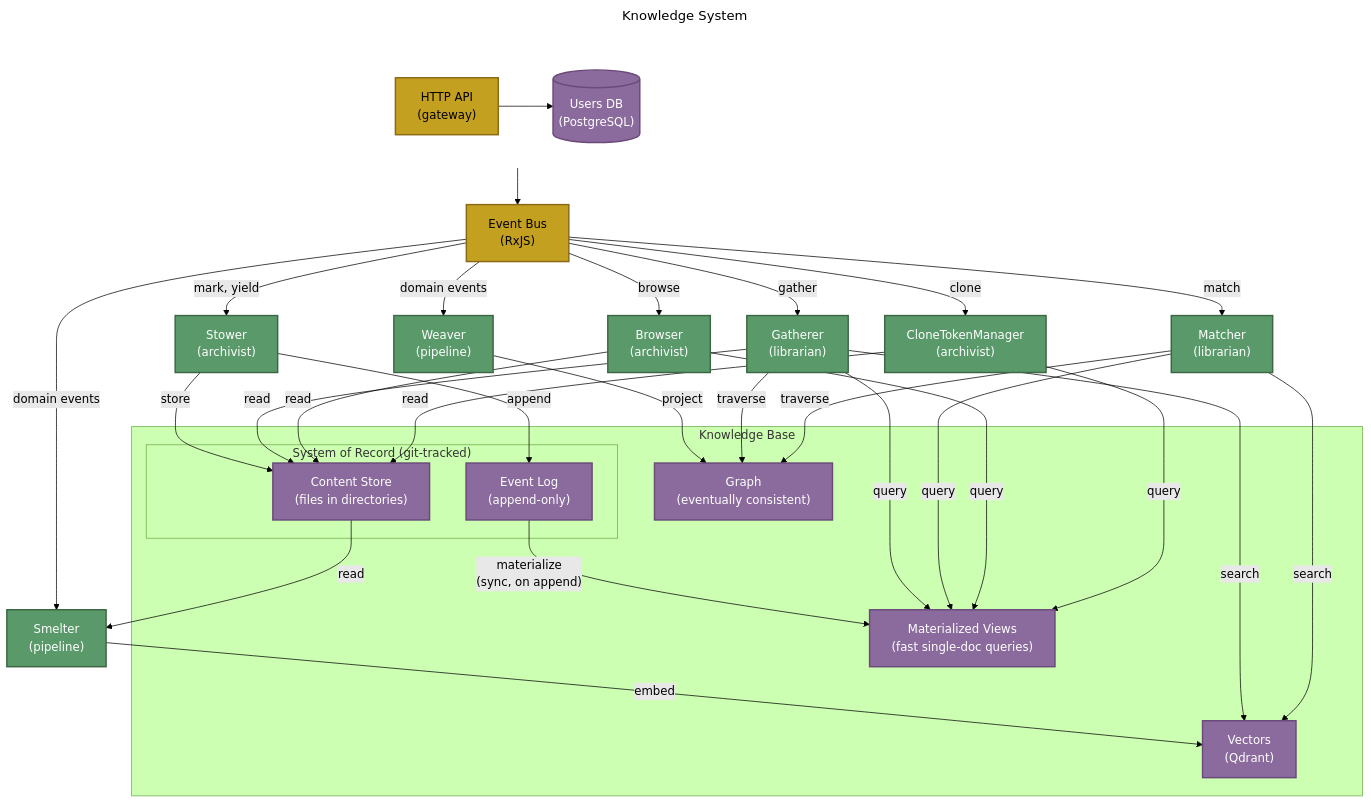
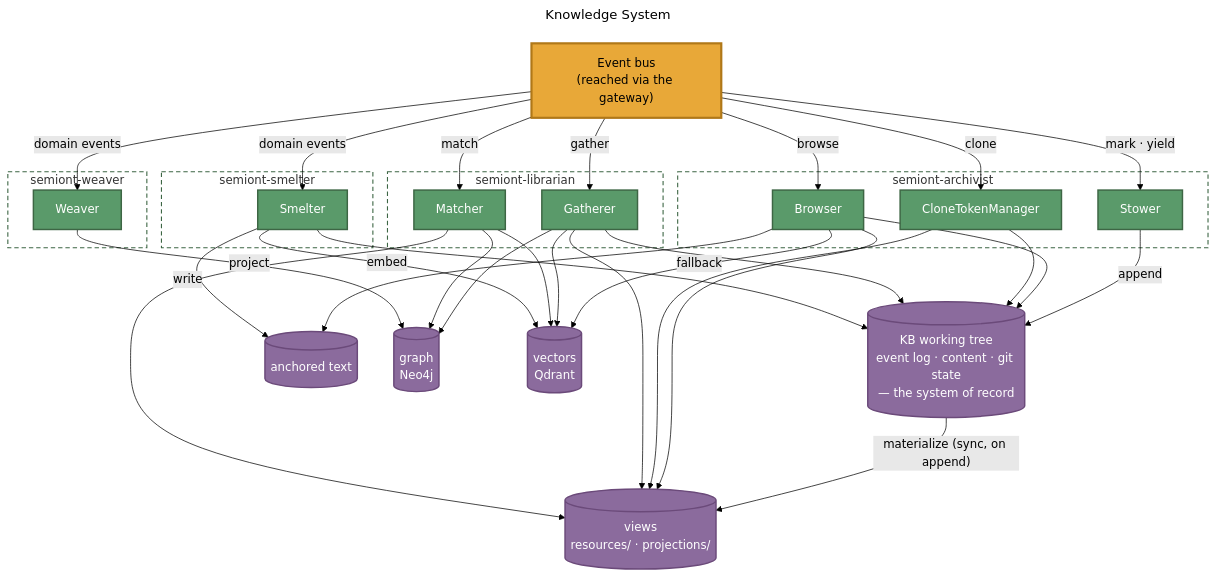
The diagram in docs/system/KNOWLEDGE-SYSTEM.md (The-AI-Alliance/semiont), drawn with Mermaid (forest theme) before and after one commit. The commit also changed other lines of this file and 12 other files, not shown here.

````diff
--- a/docs/system/KNOWLEDGE-SYSTEM.md
+++ b/docs/system/KNOWLEDGE-SYSTEM.md
@@ -25,67 +25,72 @@
 ```mermaid
 ---
 title: Knowledge System
 ---
 graph TB
-    subgraph top [" "]
-        direction LR
-        API["HTTP API<br/>(gateway)"]
-        DB[("Users DB<br/>(PostgreSQL)")]
-    end
-    BE["Event Bus<br/>(RxJS)"]
+    BE["Event bus<br/>(reached via the gateway)"]
 
-    API --> BE
-    API --> DB
-
-    BE -->|"mark, yield"| STOWER["Stower<br/>(archivist)"]
-    BE -->|"gather"| GATHERER["Gatherer<br/>(librarian)"]
-    BE -->|"match"| MATCHER["Matcher<br/>(librarian)"]
-    BE -->|"browse"| BROWSER["Browser<br/>(archivist)"]
-    BE -->|"clone"| CTM["CloneTokenManager<br/>(archivist)"]
-    BE -->|"domain events"| WEAVER["Weaver<br/>(pipeline)"]
-    BE -->|"domain events"| SMELTER["Smelter<br/>(pipeline)"]
-
-    STOWER -->|append| EVENTLOG
-    STOWER -->|store| CONTENT
-
-    WEAVER -->|project| GRAPH
-    SMELTER -->|embed| VECTORS
-    CONTENT -->|read| SMELTER
-
-    subgraph kb ["Knowledge Base"]
-        subgraph sor ["System of Record (git-tracked)"]
-            EVENTLOG["Event Log<br/>(append-only)"]
-            CONTENT["Content Store<br/>(files in directories)"]
-        end
-        VIEWS["Materialized Views<br/>(fast single-doc queries)"]
-        GRAPH["Graph<br/>(eventually consistent)"]
-        VECTORS["Vectors<br/>(Qdrant)"]
-
-        EVENTLOG -->|"materialize<br/>(sync, on append)"| VIEWS
+    subgraph ARCHG ["semiont-archivist"]
+        STOWER["Stower"]
+        BROWSER["Browser"]
+        CTM["CloneTokenManager"]
     end
 
-    GATHERER -->|query| VIEWS
-    GATHERER -->|read| CONTENT
-    GATHERER -->|traverse| GRAPH
-    GATHERER -->|search| VECTORS
+    subgraph LIBG ["semiont-librarian"]
+        GATHERER["Gatherer"]
+        MATCHER["Matcher"]
+    end
 
-    MATCHER -->|query| VIEWS
-    MATCHER -->|traverse| GRAPH
-    MATCHER -->|search| VECTORS
+    subgraph WEAVG ["semiont-weaver"]
+        WEAVER["Weaver"]
+    end
+    subgraph SMELG ["semiont-smelter"]
+        SMELT["Smelter"]
+    end
 
-    BROWSER -->|query| VIEWS
-    BROWSER -->|read| CONTENT
+    TREE[("KB working tree<br/>event log · content · git state<br/>— the system of record")]
+    VIEWS[("views<br/>resources/ · projections/")]
+    ANCH[("anchored text")]
+    GRAPH[("graph<br/>Neo4j")]
+    VECTORS[("vectors<br/>Qdrant")]
 
-    CTM -->|query| VIEWS
-    CTM -->|read| CONTENT
+    BE -->|"mark · yield"| STOWER
+    BE -->|browse| BROWSER
+    BE -->|clone| CTM
+    BE -->|gather| GATHERER
+    BE -->|match| MATCHER
+    BE -->|"domain events"| WEAVER
+    BE -->|"domain events"| SMELT
 
-    classDef gateway fill:#c4a020,stroke:#8b6914,stroke-width:2px,color:#000
+    STOWER -->|append| TREE
+    TREE -->|"materialize (sync, on append)"| VIEWS
+    BROWSER --> VIEWS
+    BROWSER --> TREE
+    BROWSER -->|fallback| VECTORS
+    BROWSER --> ANCH
+    CTM --> VIEWS
+    CTM --> TREE
+    GATHERER --> VIEWS
+    GATHERER --> TREE
+    GATHERER --> GRAPH
+    GATHERER --> VECTORS
+    MATCHER --> VIEWS
+    MATCHER --> GRAPH
+    MATCHER --> VECTORS
+    WEAVER -->|project| GRAPH
+    SMELT --> TREE
+    SMELT -->|embed| VECTORS
+    SMELT -->|write| ANCH
+
+    classDef hub fill:#e8a838,stroke:#b07818,stroke-width:3px,color:#000
+    classDef svc fill:#5a9a6a,stroke:#3d6644,stroke-width:2px,color:#fff
     classDef store fill:#8b6b9d,stroke:#6b4a7a,stroke-width:2px,color:#fff
-    classDef worker fill:#5a9a6a,stroke:#3d6644,stroke-width:2px,color:#fff
 
-    class API,BE gateway
-    class DB,EVENTLOG,VIEWS,CONTENT,GRAPH,VECTORS store
-    class STOWER,GATHERER,MATCHER,BROWSER,CTM,WEAVER,SMELTER worker
+    class BE hub
+    class STOWER,BROWSER,CTM,GATHERER,MATCHER,WEAVER,SMELT svc
+    class TREE,VIEWS,ANCH,GRAPH,VECTORS store
 
-    style top fill:none,stroke:none
+    style ARCHG fill:none,stroke:#3d6644,stroke-width:1.5px,stroke-dasharray:6 4
+    style LIBG fill:none,stroke:#3d6644,stroke-width:1.5px,stroke-dasharray:6 4
+    style WEAVG fill:none,stroke:#3d6644,stroke-width:1.5px,stroke-dasharray:6 4
+    style SMELG fill:none,stroke:#3d6644,stroke-width:1.5px,stroke-dasharray:6 4
 ```
````
